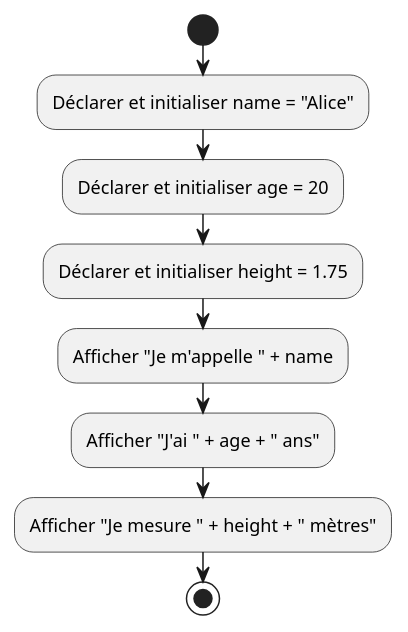
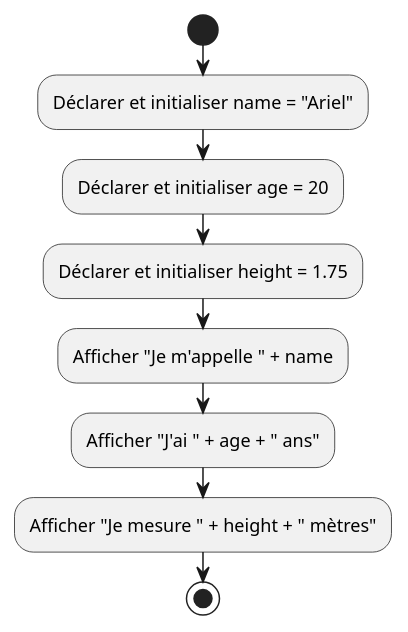
The first of 12 diagrams in 04.02-variables-constantes/02-exercices/README.md (HEIG-VD-Prog-Course/HEIG-VD-ProgIM-Course), drawn with PlantUML before and after one commit. The commit also changed other lines of this file and 43 other files, not shown here.

````diff
--- a/04.02-variables-constantes/02-exercices/README.md
+++ b/04.02-variables-constantes/02-exercices/README.md
@@ -104,12 +104,12 @@
 ```plantuml
 @startuml
 start
-:Déclarer et initialiser name = "Alice";
+:Déclarer et initialiser name = "Ariel";
 :Déclarer et initialiser age = 20;
 :Déclarer et initialiser height = 1.75;
 :Afficher "Je m'appelle " + name;
 :Afficher "J'ai " + age + " ans";
 :Afficher "Je mesure " + height + " mètres";
 stop
 @enduml
 ```
````
